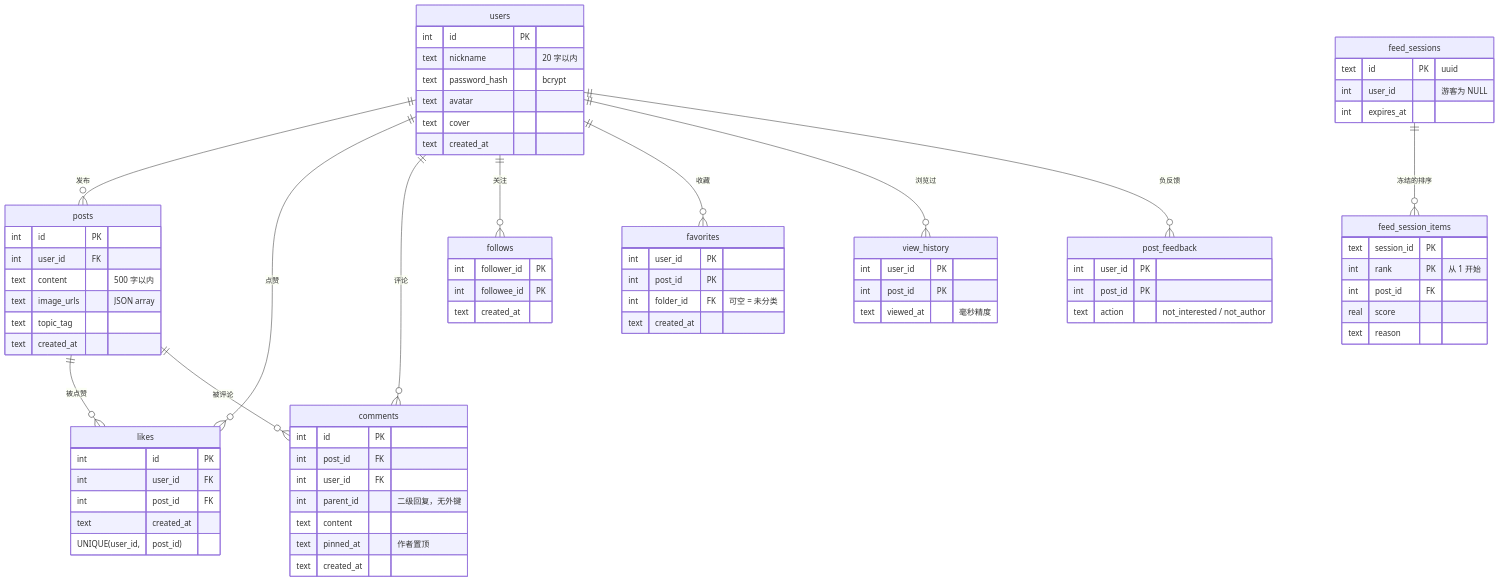
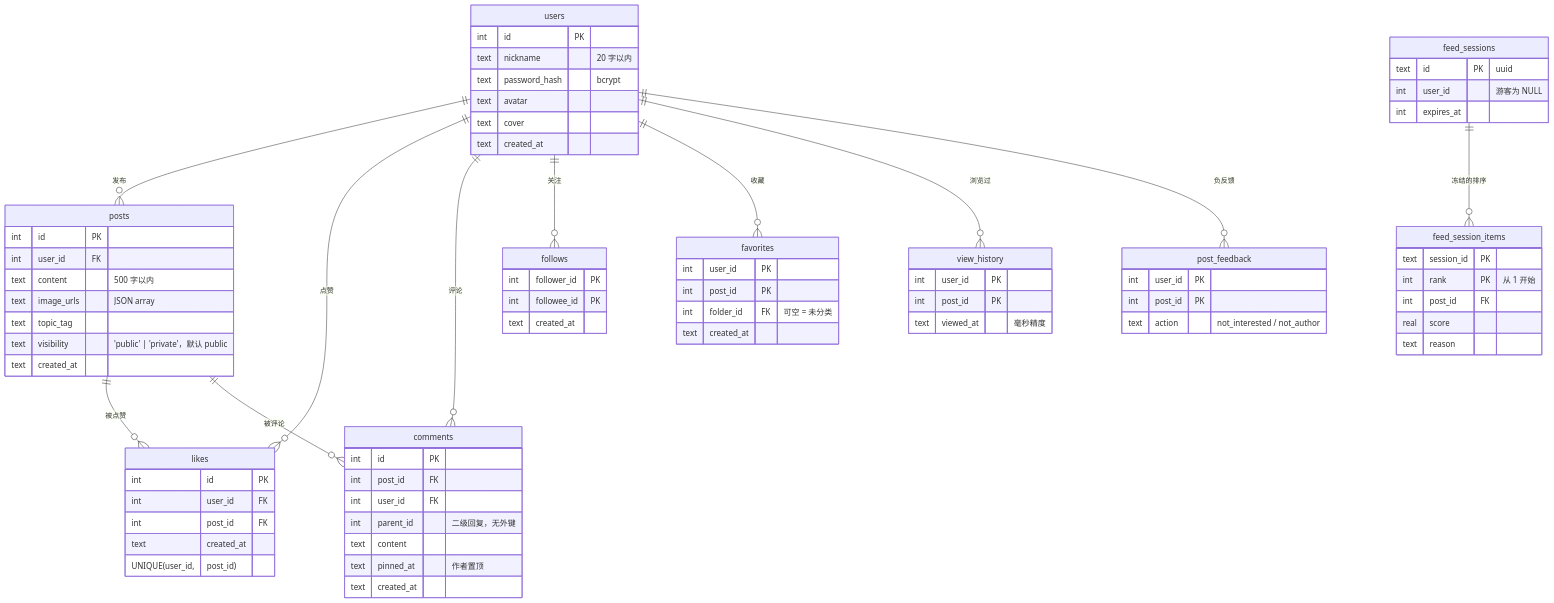
Before and after one commit to Liao-wenxuan/content-sharing-platform: the first of 2 diagrams in docs/architecture.md, drawn with Mermaid. The commit also changed other lines of this file and 2 other files, not shown here.

Commit message:
docs: the private note is real, the collection is gone

````diff
--- a/docs/architecture.md
+++ b/docs/architecture.md
@@ -26,79 +26,80 @@
 ```mermaid
 erDiagram
     users {
         int id PK
         text nickname "20 字以内"
         text password_hash "bcrypt"
         text avatar
         text cover
         text created_at
     }
     posts {
         int id PK
         int user_id FK
         text content "500 字以内"
         text image_urls "JSON array"
         text topic_tag
+        text visibility "'public' | 'private'，默认 public"
         text created_at
     }
     likes {
         int id PK
         int user_id FK
         int post_id FK
         text created_at
         UNIQUE(user_id, post_id)
     }
     comments {
         int id PK
         int post_id FK
         int user_id FK
         int parent_id "二级回复，无外键"
         text content
         text pinned_at "作者置顶"
         text created_at
     }
     follows {
         int follower_id PK
         int followee_id PK
         text created_at
     }
     favorites {
         int user_id PK
         int post_id PK
         int folder_id FK "可空 = 未分类"
         text created_at
     }
     post_feedback {
         int user_id PK
         int post_id PK
         text action "not_interested / not_author"
     }
     feed_sessions {
         text id PK "uuid"
         int user_id "游客为 NULL"
         int expires_at
     }
     feed_session_items {
         text session_id PK
         int rank PK "从 1 开始"
         int post_id FK
         real score
         text reason
     }
     view_history {
         int user_id PK
         int post_id PK
         text viewed_at "毫秒精度"
     }
 
     users ||--o{ posts : "发布"
     users ||--o{ likes : "点赞"
     users ||--o{ comments : "评论"
     posts ||--o{ likes : "被点赞"
     posts ||--o{ comments : "被评论"
     users ||--o{ follows : "关注"
     users ||--o{ favorites : "收藏"
     users ||--o{ view_history : "浏览过"
     users ||--o{ post_feedback : "负反馈"
     feed_sessions ||--o{ feed_session_items : "冻结的排序"
 ```
````
